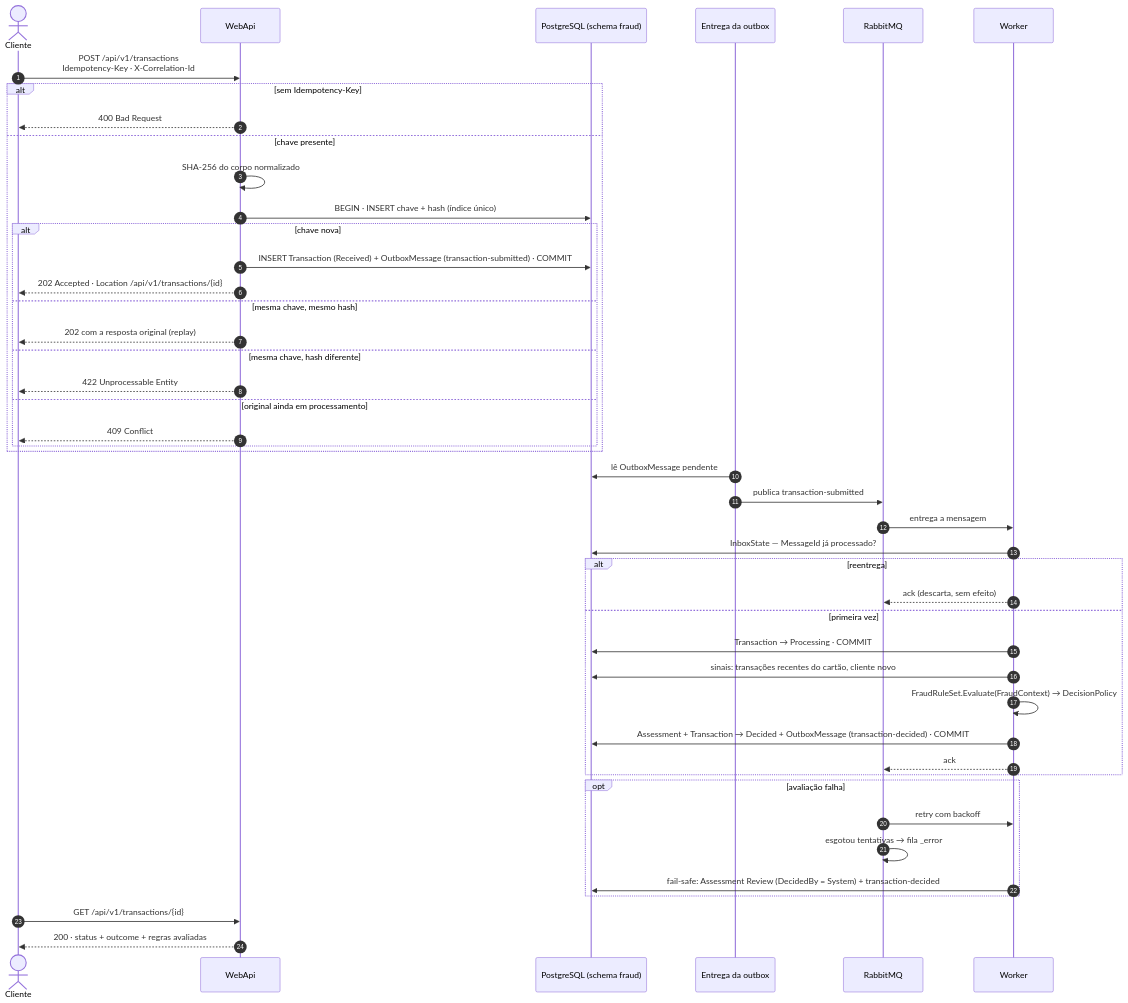
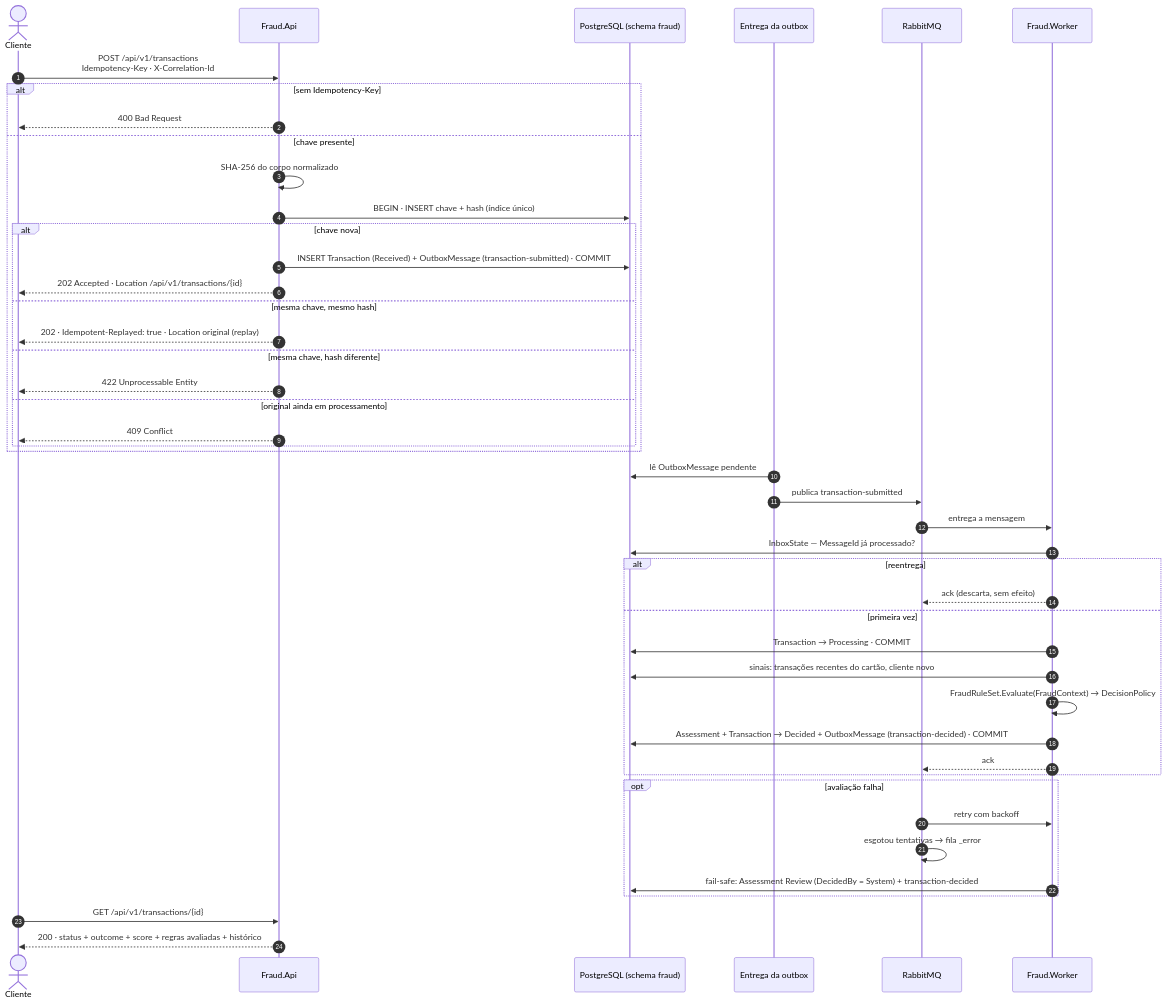
Before and after one commit to Berthot/BookStore: the first of 2 diagrams in docs/diagramas/02-sequencia.md, drawn with Mermaid. The commit also changed other lines of this file and 26 other files, not shown here.

First line of the commit message:
feat(p1+docs): D-10/17/18/19/20; ADR-0010; diagramas e Postman atualizados

````diff
--- a/docs/diagramas/02-sequencia.md
+++ b/docs/diagramas/02-sequencia.md
@@ -9,51 +9,51 @@
 ```mermaid
 sequenceDiagram
   autonumber
   actor C as Cliente
-  participant API as WebApi
+  participant FA as Fraud.Api
   participant DB as PostgreSQL (schema fraud)
   participant OB as Entrega da outbox
   participant MQ as RabbitMQ
-  participant W as Worker
+  participant FW as Fraud.Worker
 
-  C->>API: POST /api/v1/transactions<br/>Idempotency-Key · X-Correlation-Id
+  C->>FA: POST /api/v1/transactions<br/>Idempotency-Key · X-Correlation-Id
   alt sem Idempotency-Key
-    API-->>C: 400 Bad Request
+    FA-->>C: 400 Bad Request
   else chave presente
-    API->>API: SHA-256 do corpo normalizado
-    API->>DB: BEGIN · INSERT chave + hash (índice único)
+    FA->>FA: SHA-256 do corpo normalizado
+    FA->>DB: BEGIN · INSERT chave + hash (índice único)
     alt chave nova
-      API->>DB: INSERT Transaction (Received) + OutboxMessage (transaction-submitted) · COMMIT
-      API-->>C: 202 Accepted · Location /api/v1/transactions/{id}
+      FA->>DB: INSERT Transaction (Received) + OutboxMessage (transaction-submitted) · COMMIT
+      FA-->>C: 202 Accepted · Location /api/v1/transactions/{id}
     else mesma chave, mesmo hash
-      API-->>C: 202 com a resposta original (replay)
+      FA-->>C: 202 · Idempotent-Replayed: true · Location original (replay)
     else mesma chave, hash diferente
-      API-->>C: 422 Unprocessable Entity
+      FA-->>C: 422 Unprocessable Entity
     else original ainda em processamento
-      API-->>C: 409 Conflict
+      FA-->>C: 409 Conflict
     end
   end
 
   OB->>DB: lê OutboxMessage pendente
   OB->>MQ: publica transaction-submitted
-  MQ->>W: entrega a mensagem
-  W->>DB: InboxState — MessageId já processado?
+  MQ->>FW: entrega a mensagem
+  FW->>DB: InboxState — MessageId já processado?
   alt reentrega
-    W-->>MQ: ack (descarta, sem efeito)
+    FW-->>MQ: ack (descarta, sem efeito)
   else primeira vez
-    W->>DB: Transaction → Processing · COMMIT
-    W->>DB: sinais: transações recentes do cartão, cliente novo
-    W->>W: FraudRuleSet.Evaluate(FraudContext) → DecisionPolicy
-    W->>DB: Assessment + Transaction → Decided + OutboxMessage (transaction-decided) · COMMIT
-    W-->>MQ: ack
+    FW->>DB: Transaction → Processing · COMMIT
+    FW->>DB: sinais: transações recentes do cartão, cliente novo
+    FW->>FW: FraudRuleSet.Evaluate(FraudContext) → DecisionPolicy
+    FW->>DB: Assessment + Transaction → Decided + OutboxMessage (transaction-decided) · COMMIT
+    FW-->>MQ: ack
   end
 
   opt avaliação falha
-    MQ->>W: retry com backoff
+    MQ->>FW: retry com backoff
     MQ->>MQ: esgotou tentativas → fila _error
-    W->>DB: fail-safe: Assessment Review (DecidedBy = System) + transaction-decided
+    FW->>DB: fail-safe: Assessment Review (DecidedBy = System) + transaction-decided
   end
 
-  C->>API: GET /api/v1/transactions/{id}
-  API-->>C: 200 · status + outcome + regras avaliadas
+  C->>FA: GET /api/v1/transactions/{id}
+  FA-->>C: 200 · status + outcome + score + regras avaliadas + histórico
 ```
````
